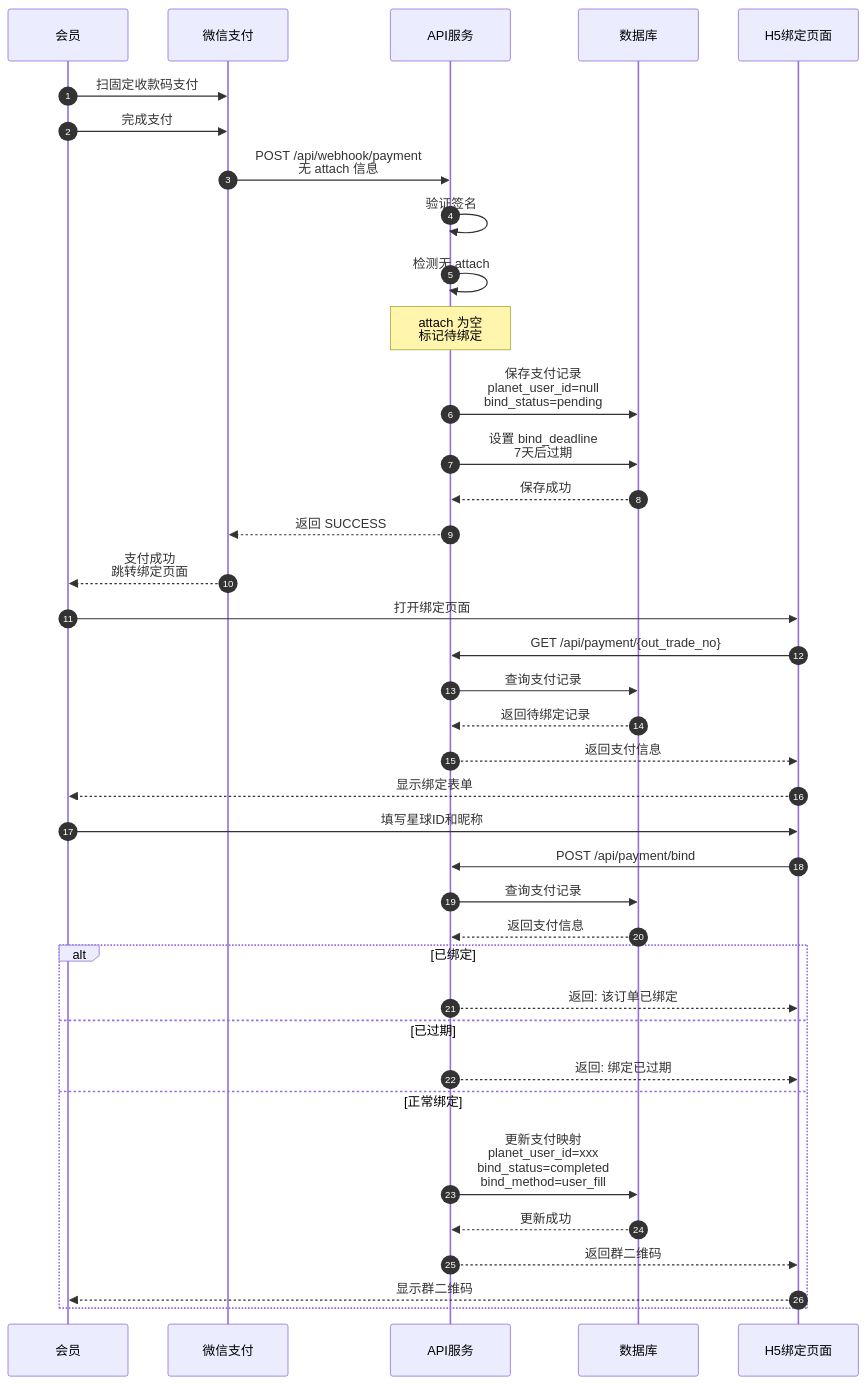
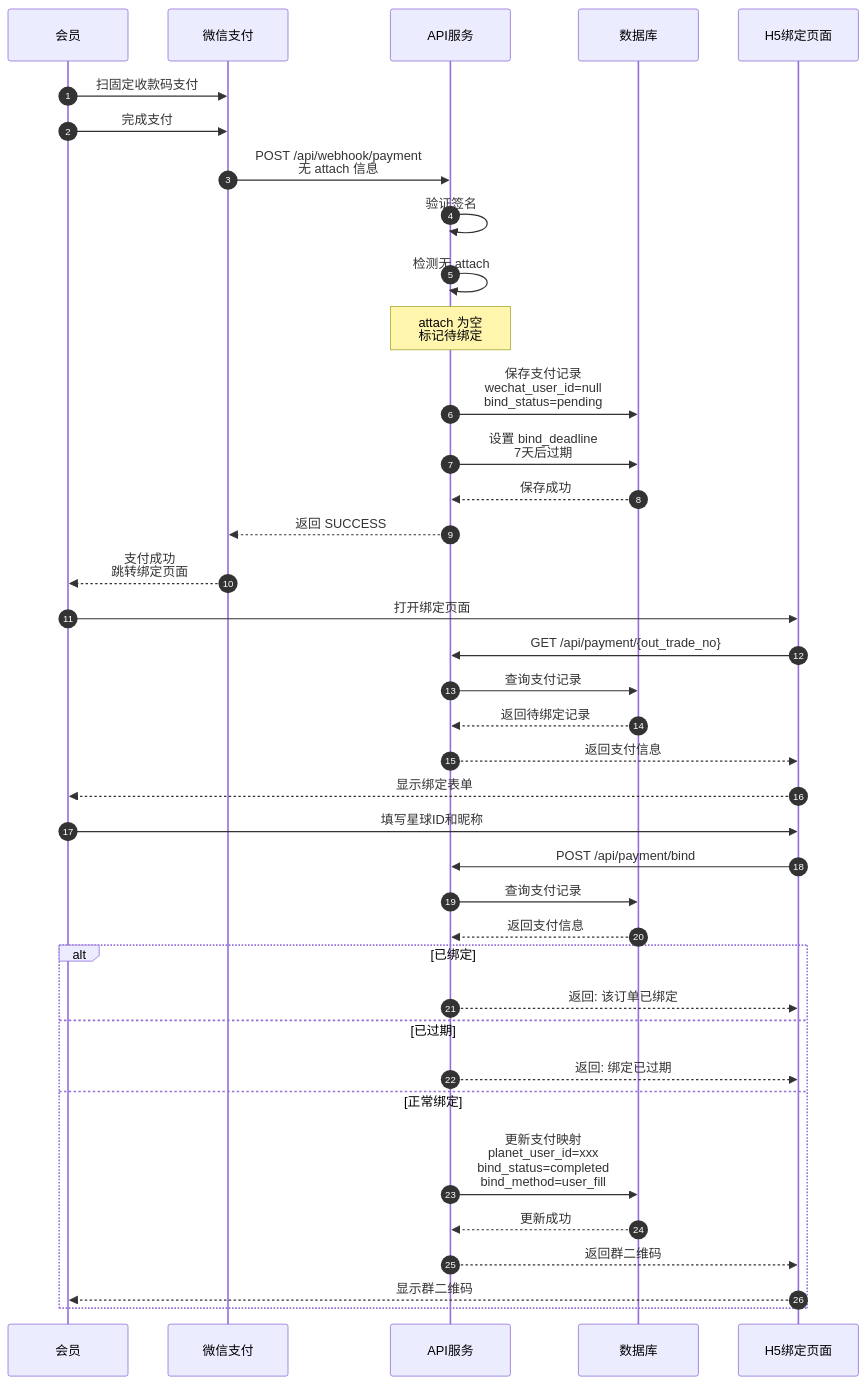
One commit to yiancode/AutoDepositRefundAgent changed diagram 23 of 58 in docs/v1/技术方案.md. Above: the diagram before and after it, drawn with Mermaid. The commit also changed other lines of this file and 9 other files, not shown here.

````diff
--- a/docs/v1/技术方案.md
+++ b/docs/v1/技术方案.md
@@ -998,45 +1104,45 @@
 ```mermaid
 sequenceDiagram
     autonumber
     participant M as 会员
     participant WX as 微信支付
     participant API as API服务
     participant DB as 数据库
     participant H5 as H5绑定页面
 
     M->>WX: 扫固定收款码支付
     M->>WX: 完成支付
     WX->>API: POST /api/webhook/payment<br/>无 attach 信息
     API->>API: 验证签名
     API->>API: 检测无 attach
     Note over API: attach 为空<br/>标记待绑定
 
-    API->>DB: 保存支付记录<br/>planet_user_id=null<br/>bind_status=pending
+    API->>DB: 保存支付记录<br/>wechat_user_id=null<br/>bind_status=pending
     API->>DB: 设置 bind_deadline<br/>7天后过期
     DB-->>API: 保存成功
     API-->>WX: 返回 SUCCESS
 
     WX-->>M: 支付成功<br/>跳转绑定页面
     M->>H5: 打开绑定页面
     H5->>API: GET /api/payment/{out_trade_no}
     API->>DB: 查询支付记录
     DB-->>API: 返回待绑定记录
     API-->>H5: 返回支付信息
     H5-->>M: 显示绑定表单
 
     M->>H5: 填写星球ID和昵称
     H5->>API: POST /api/payment/bind
     API->>DB: 查询支付记录
     DB-->>API: 返回支付信息
 
     alt 已绑定
         API-->>H5: 返回: 该订单已绑定
     else 已过期
         API-->>H5: 返回: 绑定已过期
     else 正常绑定
         API->>DB: 更新支付映射<br/>planet_user_id=xxx<br/>bind_status=completed<br/>bind_method=user_fill
         DB-->>API: 更新成功
         API-->>H5: 返回群二维码
         H5-->>M: 显示群二维码
     end
 ```
````
